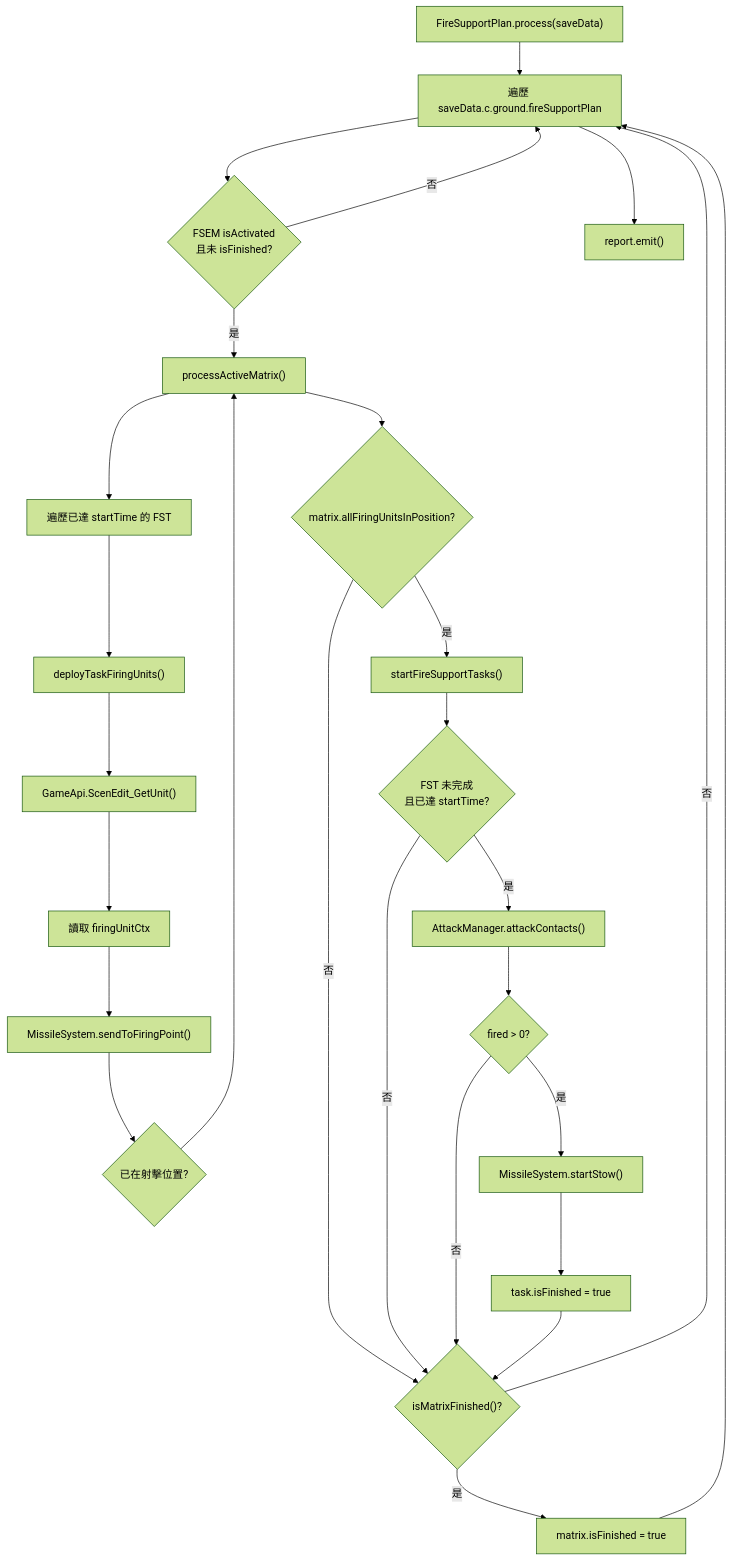
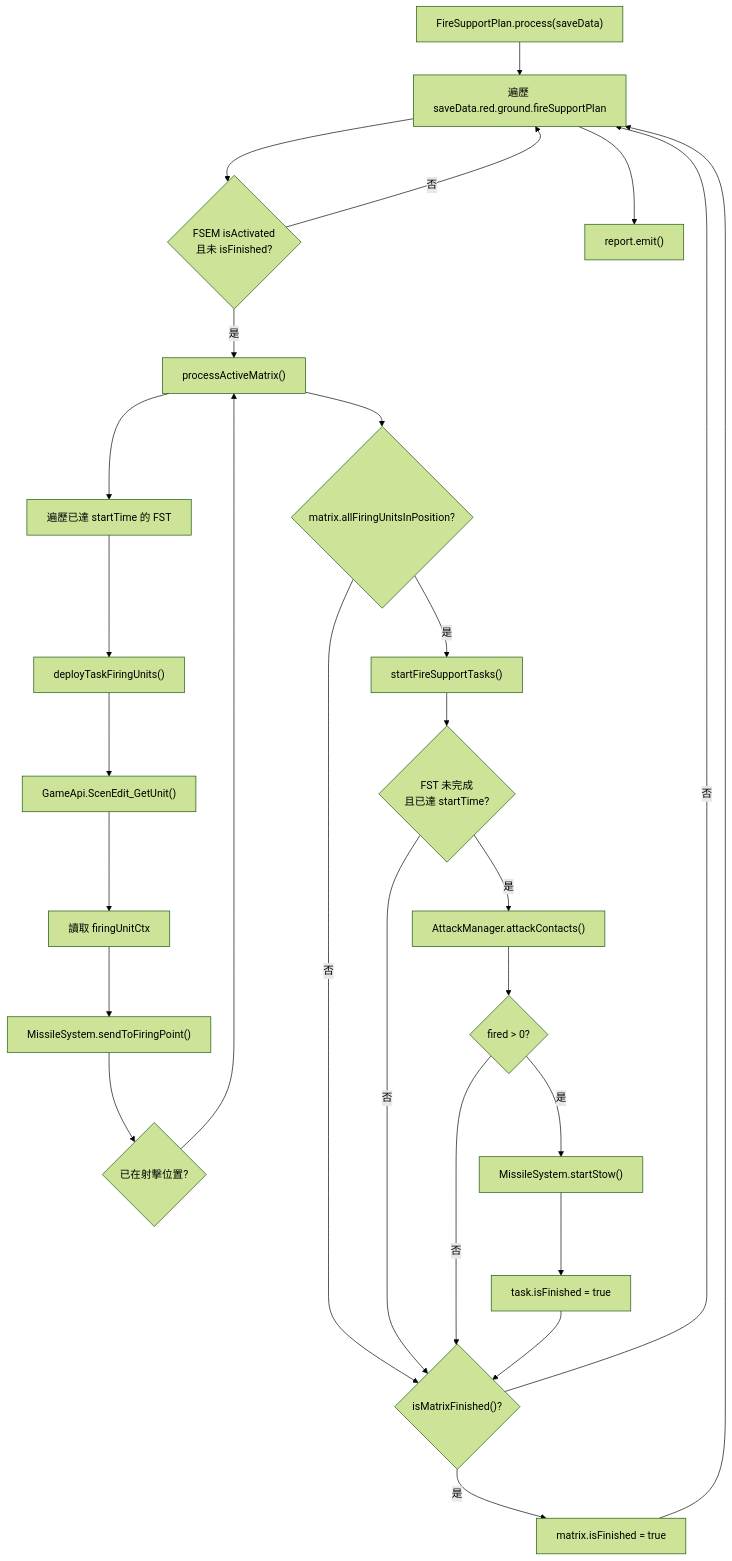
One commit to pullupjumper/formosa-in-flames changed the diagram in docs/strikePlanner/fireSupportPlan.md. Above: the diagram before and after it, drawn with Mermaid (forest theme). The commit also changed other lines of this file and 108 other files, not shown here.

````diff
--- a/docs/strikePlanner/fireSupportPlan.md
+++ b/docs/strikePlanner/fireSupportPlan.md
@@ -100,50 +100,50 @@
 ```mermaid
 flowchart TD
     START["FireSupportPlan.process(saveData)"]
-    LOOP["遍歷 saveData.c.ground.fireSupportPlan"]
+    LOOP["遍歷 saveData.red.ground.fireSupportPlan"]
     ACTIVE{"FSEM isActivated<br/>且未 isFinished?"}
     PROCESS["processActiveMatrix()"]
     DEPLOY_TASK["遍歷已達 startTime 的 FST"]
     DEPLOY_UNIT["deployTaskFiringUnits()"]
     GET_UNIT["GameApi.ScenEdit_GetUnit()"]
     GET_CTX["讀取 firingUnitCtx"]
     SEND["MissileSystem.sendToFiringPoint()"]
     STATIC{"已在射擊位置?"}
     ALL_READY{"matrix.allFiringUnitsInPosition?"}
     EXECUTE["startFireSupportTasks()"]
     TASK_READY{"FST 未完成<br/>且已達 startTime?"}
     ATTACK["AttackManager.attackContacts()"]
     FIRED{"fired > 0?"}
     STOW["MissileSystem.startStow()"]
     TASK_DONE["task.isFinished = true"]
     MATRIX_DONE{"isMatrixFinished()?"}
     FINISH["matrix.isFinished = true"]
     LOG["report.emit()"]
 
     START --> LOOP
     LOOP --> ACTIVE
     ACTIVE -->|否| LOOP
     ACTIVE -->|是| PROCESS
     PROCESS --> DEPLOY_TASK
     DEPLOY_TASK --> DEPLOY_UNIT
     DEPLOY_UNIT --> GET_UNIT
     GET_UNIT --> GET_CTX
     GET_CTX --> SEND
     SEND --> STATIC
     STATIC --> PROCESS
     PROCESS --> ALL_READY
     ALL_READY -->|是| EXECUTE
     ALL_READY -->|否| MATRIX_DONE
     EXECUTE --> TASK_READY
     TASK_READY -->|是| ATTACK
     TASK_READY -->|否| MATRIX_DONE
     ATTACK --> FIRED
     FIRED -->|是| STOW
     FIRED -->|否| MATRIX_DONE
     STOW --> TASK_DONE
     TASK_DONE --> MATRIX_DONE
     MATRIX_DONE -->|是| FINISH
     MATRIX_DONE -->|否| LOOP
     FINISH --> LOOP
     LOOP --> LOG
 ```
````
